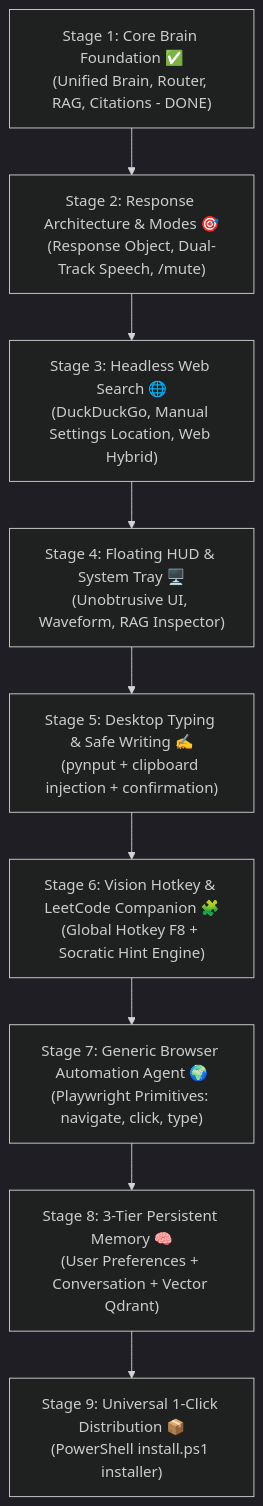
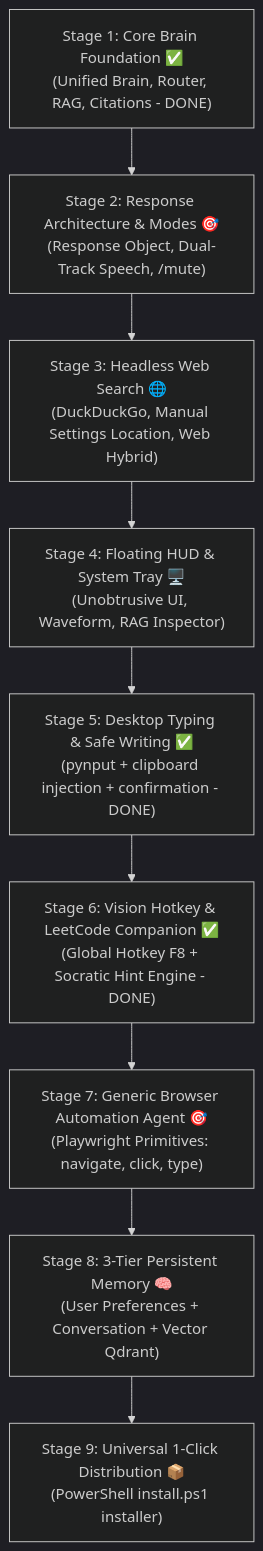
Before and after one commit to Gaurav01001/Thanatos: the second of 2 diagrams in JARVIS_ROADMAP.md, drawn with Mermaid (dark theme). The commit also changed other lines of this file and 19 other files, not shown here.

Commit message:
feat: complete Stage 5 typing automation and Stage 6 DSA vision companion

````diff
--- a/JARVIS_ROADMAP.md
+++ b/JARVIS_ROADMAP.md
@@ -99,14 +99,14 @@
 ```mermaid
 flowchart TD
     M1["Stage 1: Core Brain Foundation ✅<br>(Unified Brain, Router, RAG, Citations - DONE)"]
     M2["Stage 2: Response Architecture & Modes 🎯<br>(Response Object, Dual-Track Speech, /mute)"]
     M3["Stage 3: Headless Web Search 🌐<br>(DuckDuckGo, Manual Settings Location, Web Hybrid)"]
     M4["Stage 4: Floating HUD & System Tray 🖥️<br>(Unobtrusive UI, Waveform, RAG Inspector)"]
-    M5["Stage 5: Desktop Typing & Safe Writing ✍️<br>(pynput + clipboard injection + confirmation)"]
-    M6["Stage 6: Vision Hotkey & LeetCode Companion 🧩<br>(Global Hotkey F8 + Socratic Hint Engine)"]
-    M7["Stage 7: Generic Browser Automation Agent 🌍<br>(Playwright Primitives: navigate, click, type)"]
+    M5["Stage 5: Desktop Typing & Safe Writing ✅<br>(pynput + clipboard injection + confirmation - DONE)"]
+    M6["Stage 6: Vision Hotkey & LeetCode Companion ✅<br>(Global Hotkey F8 + Socratic Hint Engine - DONE)"]
+    M7["Stage 7: Generic Browser Automation Agent 🎯<br>(Playwright Primitives: navigate, click, type)"]
     M8["Stage 8: 3-Tier Persistent Memory 🧠<br>(User Preferences + Conversation + Vector Qdrant)"]
     M9["Stage 9: Universal 1-Click Distribution 📦<br>(PowerShell install.ps1 installer)"]
 
     M1 --> M2 --> M3 --> M4 --> M5 --> M6 --> M7 --> M8 --> M9
 ```
````
